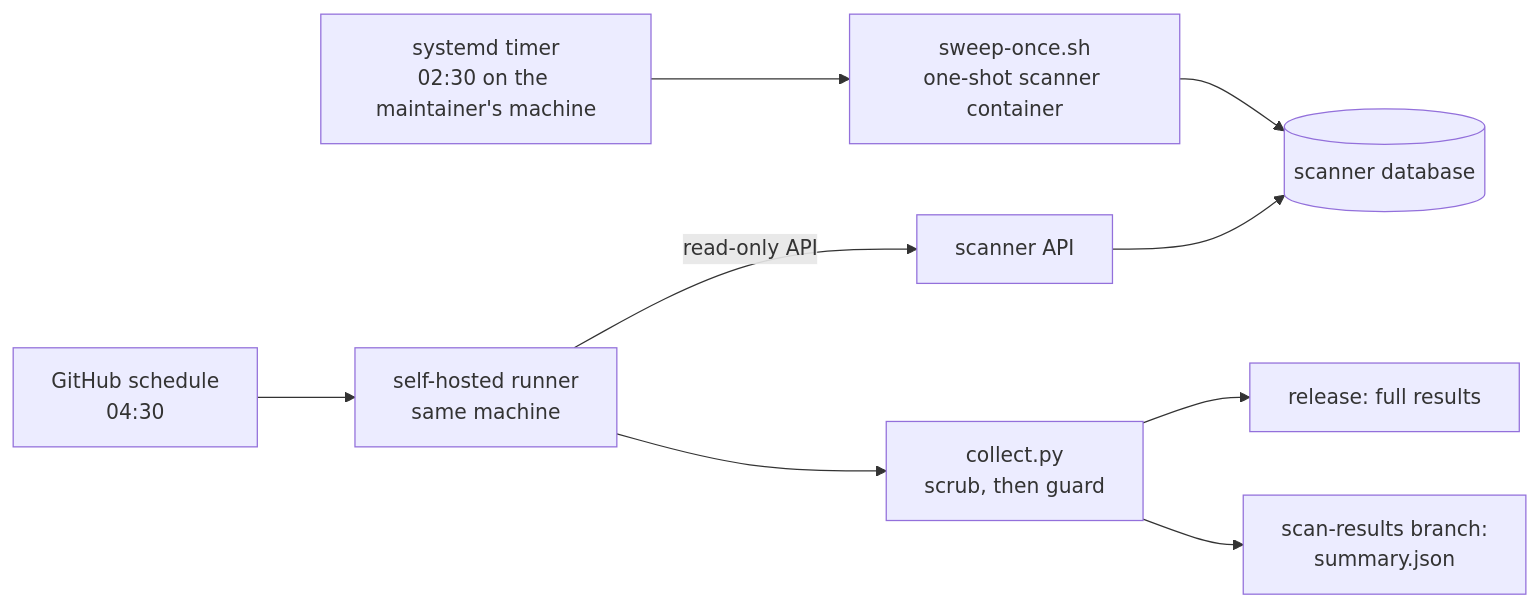
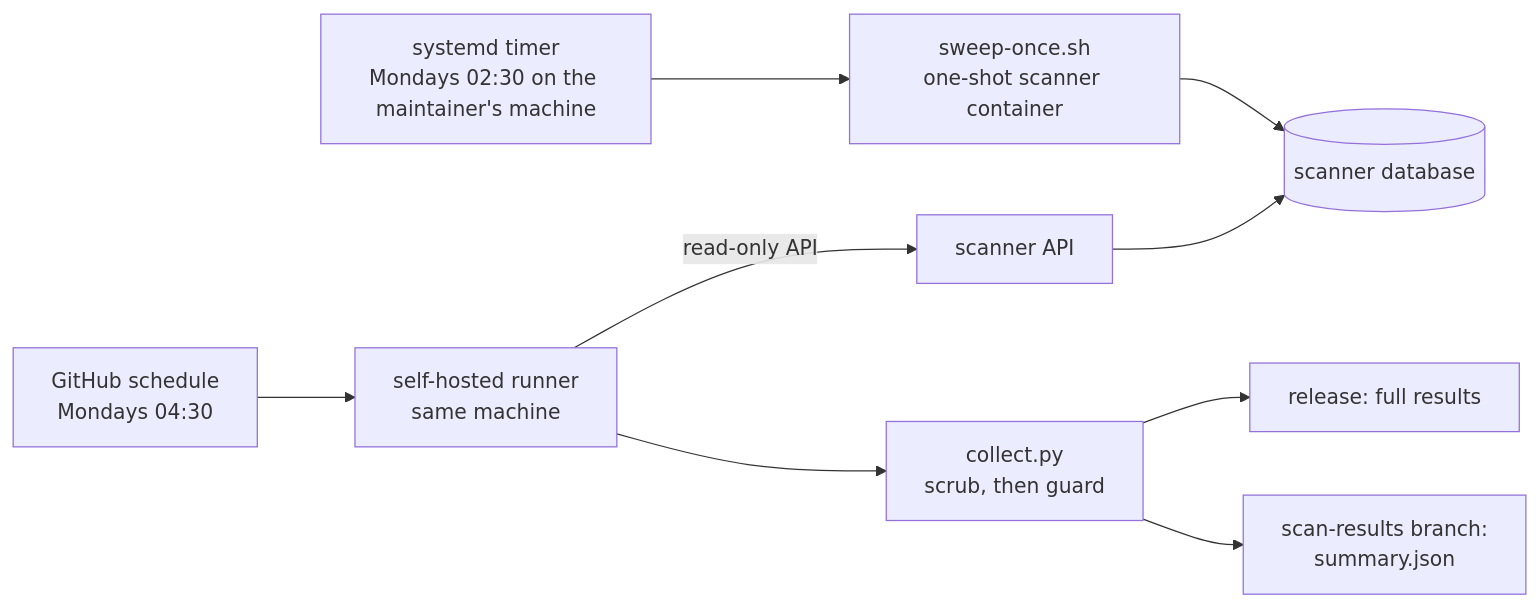
One commit to sciensoft/mcp-connectors-scanner changed the diagram in deploy/README.md. Above: the diagram before and after it, drawn with Mermaid. The commit also changed other lines of this file and 4 other files, not shown here.

First line of the commit message:
Publish weekly on Mondays instead of nightly; prune unused images after each sweep

````diff
--- a/deploy/README.md
+++ b/deploy/README.md
@@ -5,11 +5,11 @@
 ```mermaid
 flowchart LR
-    T[systemd timer<br/>02:30 on the maintainer's machine] --> S[sweep-once.sh<br/>one-shot scanner container]
+    T[systemd timer<br/>Mondays 02:30 on the maintainer's machine] --> S[sweep-once.sh<br/>one-shot scanner container]
     S --> DB[(scanner database)]
-    G[GitHub schedule<br/>04:30] --> R[self-hosted runner<br/>same machine]
+    G[GitHub schedule<br/>Mondays 04:30] --> R[self-hosted runner<br/>same machine]
     R -->|read-only API| API[scanner API]
     API --> DB
     R --> C[collect.py<br/>scrub, then guard]
     C --> REL[release: full results]
     C --> BR[scan-results branch:<br/>summary.json]
 ```
````
